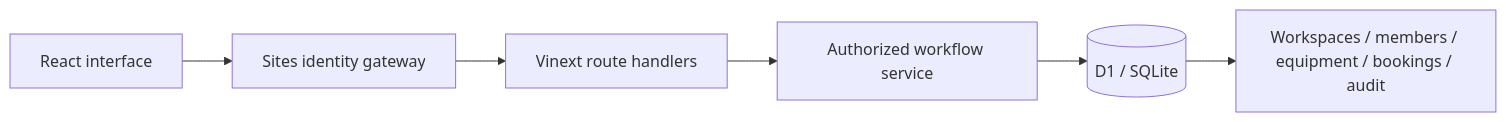
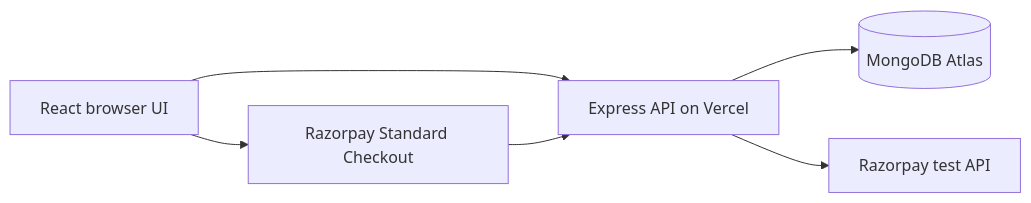
Before and after one commit to AVsolos/mern-endterm: the diagram in README.md, drawn with Mermaid. The commit also changed other lines of this file and 10 other files, not shown here.

````diff
--- a/README.md
+++ b/README.md
@@ -51,8 +32,8 @@
 ```mermaid
 flowchart LR
-  Browser[React interface] --> Gateway[Sites identity gateway]
-  Gateway --> API[Vinext route handlers]
-  API --> Service[Authorized workflow service]
-  Service --> D1[(D1 / SQLite)]
-  D1 --> Records[Workspaces / members / equipment / bookings / audit]
+  React[React browser UI] --> Express[Express API on Vercel]
+  Express --> Mongo[(MongoDB Atlas)]
+  Express --> Razorpay[Razorpay test API]
+  React --> Checkout[Razorpay Standard Checkout]
+  Checkout --> Express
 ```
````
